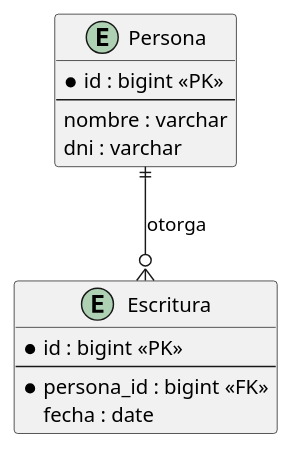
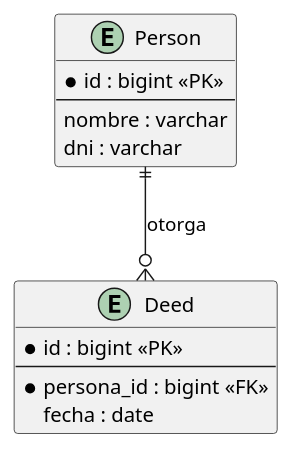
Before and after one commit to matiaspakua/notaire: the ninth of 18 diagrams in .claude/skills/plantuml/references/diagram-types.md, drawn with PlantUML. The commit also changed other lines of this file and 1430 other files, not shown here.

````diff
--- a/.claude/skills/plantuml/references/diagram-types.md
+++ b/.claude/skills/plantuml/references/diagram-types.md
@@ -283,17 +283,17 @@
 ```plantuml
 @startuml
-entity Persona {
+entity Person {
   * id : bigint <<PK>>
   --
   nombre : varchar
   dni : varchar
 }
-entity Escritura {
+entity Deed {
   * id : bigint <<PK>>
   --
   * persona_id : bigint <<FK>>
   fecha : date
 }
-Persona ||--o{ Escritura : otorga
+Person ||--o{ Deed : otorga
 @enduml
 ```
````
